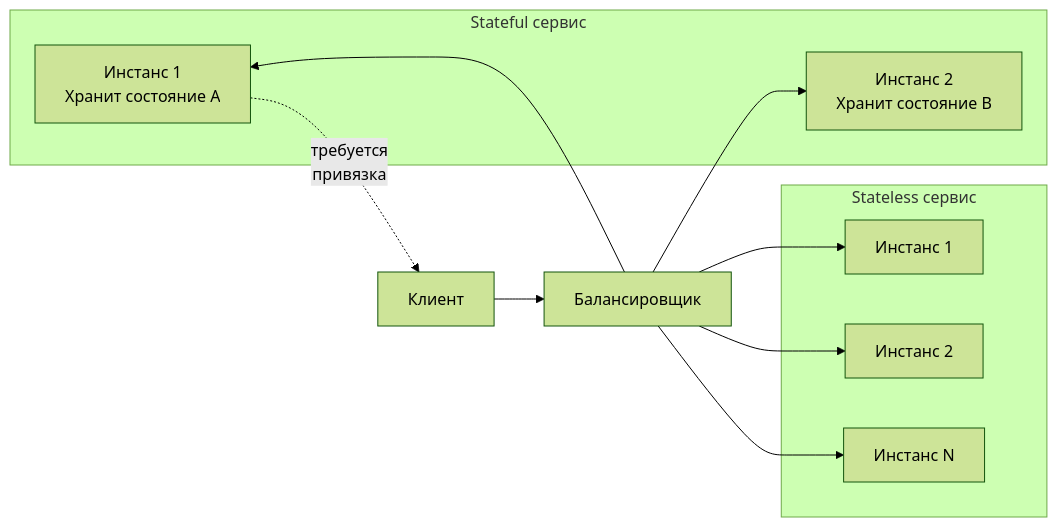
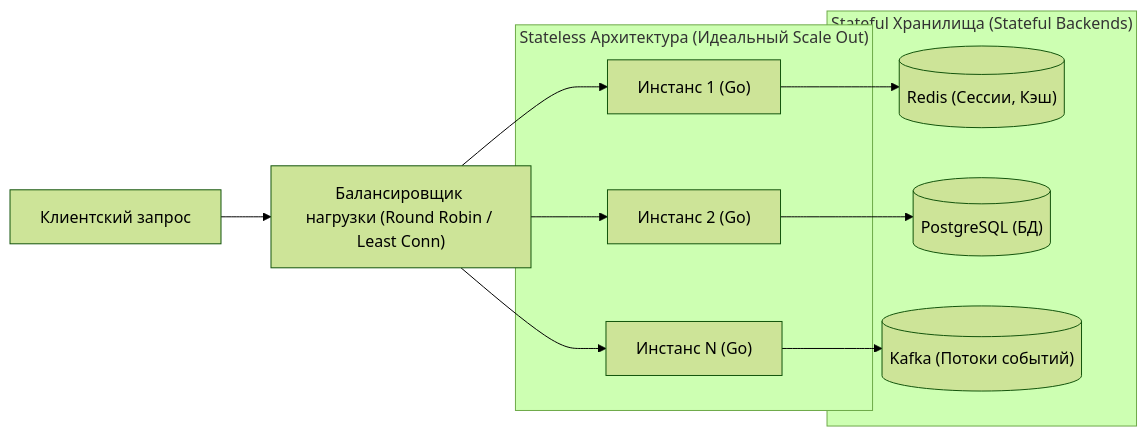
One commit to UnrealTemplier/go-textbook changed the first of 2 diagrams in sources/11. Архитектура и System Design/7. Stateless vs Stateful сервисы.md. Above: the diagram before and after it, drawn with Mermaid (forest theme). The commit also changed other lines of this file, not shown here.

````diff
--- a/sources/11. Архитектура и System Design/7. Stateless vs Stateful сервисы.md
+++ b/sources/11. Архитектура и System Design/7. Stateless vs Stateful сервисы.md
@@ -12,25 +16,26 @@
 ```mermaid
 flowchart LR
-    subgraph Stateless["Stateless сервис"]
-        S1["Инстанс 1"]
-        S2["Инстанс 2"]
-        S3["Инстанс N"]
+    subgraph Stateless["Stateless Архитектура (Идеальный Scale Out)"]
+        S1["Инстанс 1 (Go)"]
+        S2["Инстанс 2 (Go)"]
+        S3["Инстанс N (Go)"]
     end
 
-    subgraph Stateful["Stateful сервис"]
-        SF1["Инстанс 1<br>Хранит состояние A"]
-        SF2["Инстанс 2<br>Хранит состояние B"]
+    subgraph Stateful["Stateful Хранилища (Stateful Backends)"]
+        R[("Redis (Сессии, Кэш)")]
+        DB[("PostgreSQL (БД)")]
+        K[("Kafka (Потоки событий)")]
     end
 
-    LB["Балансировщик"]
-    Client["Клиент"]
+    LB["Балансировщик нагрузки (Round Robin / Least Conn)"]
+    Client["Клиентский запрос"]
 
     Client --> LB
     LB --> S1
     LB --> S2
     LB --> S3
-    LB --> SF1
-    LB --> SF2
-
-    SF1 -.->|"требуется<br>привязка"| Client
+    
+    S1 --> R
+    S2 --> DB
+    S3 --> K
 ```
````
